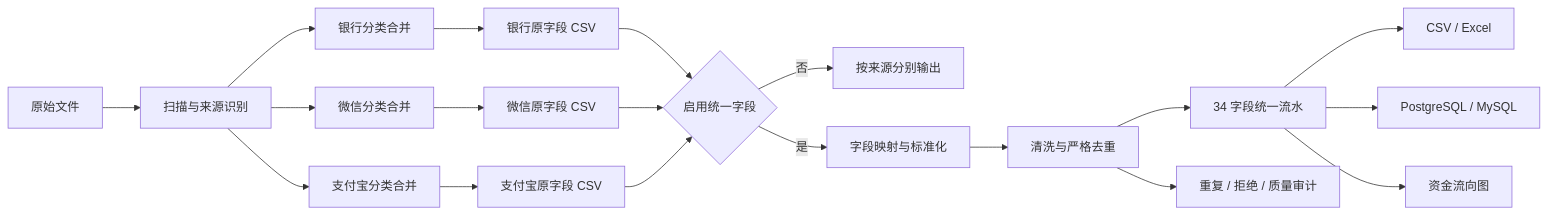
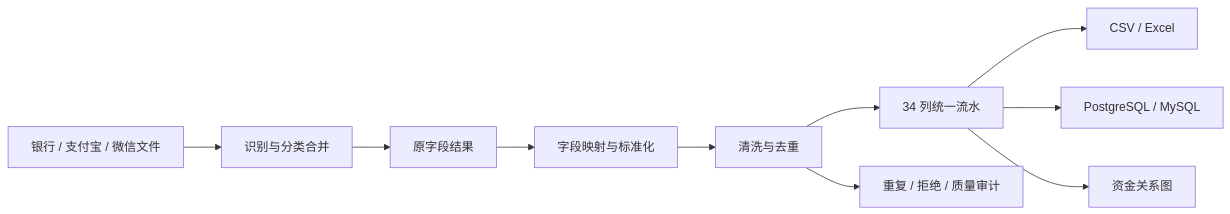
The first of 2 diagrams in README.md (Euxripides/euripidessss), drawn with Mermaid before and after one commit. The commit also changed other lines of this file and 2 other files, not shown here.

````diff
--- a/README.md
+++ b/README.md
@@ -84,24 +82,12 @@
 ```mermaid
 flowchart LR
-    A["原始文件"] --> B["扫描与来源识别"]
-    B --> C1["银行分类合并"]
-    B --> C2["微信分类合并"]
-    B --> C3["支付宝分类合并"]
-
-    C1 --> D1["银行原字段 CSV"]
-    C2 --> D2["微信原字段 CSV"]
-    C3 --> D3["支付宝原字段 CSV"]
-
-    D1 --> E{"启用统一字段"}
-    D2 --> E
-    D3 --> E
-
-    E -- "否" --> F["按来源分别输出"]
-    E -- "是" --> G["字段映射与标准化"]
-    G --> H["清洗与严格去重"]
-    H --> I["34 字段统一流水"]
-    I --> J1["CSV / Excel"]
-    I --> J2["PostgreSQL / MySQL"]
-    I --> J3["资金流向图"]
-    H --> K["重复 / 拒绝 / 质量审计"]
+    A[银行 / 支付宝 / 微信文件] --> B[识别与分类合并]
+    B --> C[原字段结果]
+    C --> D[字段映射与标准化]
+    D --> E[清洗与去重]
+    E --> F[34 列统一流水]
+    E --> G[重复 / 拒绝 / 质量审计]
+    F --> H[CSV / Excel]
+    F --> I[PostgreSQL / MySQL]
+    F --> J[资金关系图]
 ```
````
